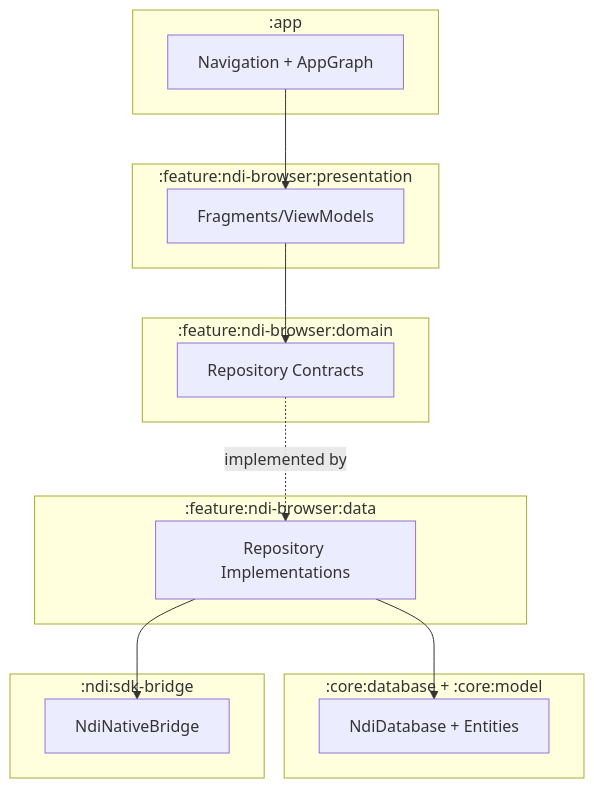
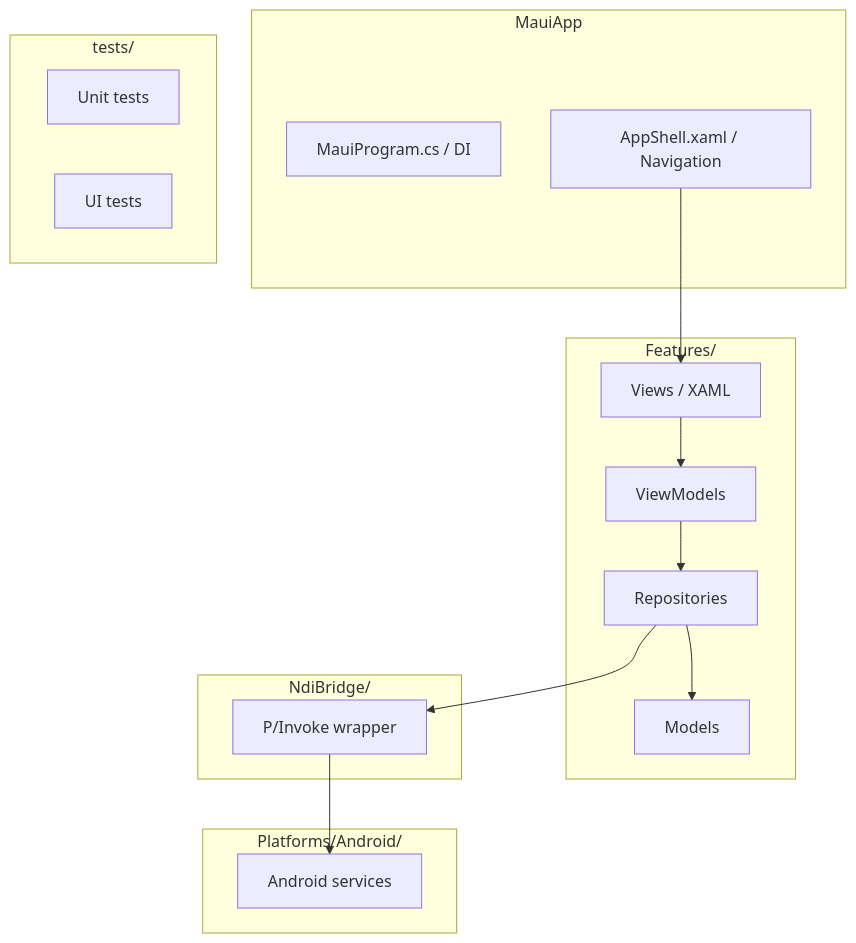
The diagram in .github/agents/architect.agent.md (nielsverhoeven/NDI-for-Android), drawn with Mermaid before and after one commit. The commit also changed other lines of this file and 3 other files, not shown here.

First line of the commit message:
feat(agents): rewrite retained agents for .NET MAUI/NDI stack

````diff
--- a/.github/agents/architect.agent.md
+++ b/.github/agents/architect.agent.md
@@ -74,27 +138,30 @@
 ```mermaid
 graph TB
-    subgraph APP[":app"]
-        NAV[Navigation + AppGraph]
+    subgraph APP["MauiApp"]
+        PROG[MauiProgram.cs / DI]
+        SHELL[AppShell.xaml / Navigation]
     end
-    subgraph PRESENTATION[":feature:ndi-browser:presentation"]
-        UI[Fragments/ViewModels]
+    subgraph FEATURES["Features/"]
+        VM[ViewModels]
+        VIEW[Views / XAML]
+        REPO[Repositories]
+        MODEL[Models]
     end
-    subgraph DOMAIN[":feature:ndi-browser:domain"]
-        CONTRACTS[Repository Contracts]
+    subgraph BRIDGE["NdiBridge/"]
+        PINVOKE[P/Invoke wrapper]
     end
-    subgraph DATA[":feature:ndi-browser:data"]
-        REPO[Repository Implementations]
+    subgraph PLATFORM["Platforms/Android/"]
+        NATIVE[Android services]
     end
-    subgraph CORE[":core:database + :core:model"]
-        DB[NdiDatabase + Entities]
-    end
-    subgraph BRIDGE[":ndi:sdk-bridge"]
-        NDI[NdiNativeBridge]
+    subgraph TESTS["tests/"]
+        UNIT[Unit tests]
+        UI[UI tests]
     end
 
-    NAV --> UI
-    UI --> CONTRACTS
-    CONTRACTS -.implemented by.-> REPO
-    REPO --> DB
-    REPO --> NDI
+    SHELL --> VIEW
+    VIEW --> VM
+    VM --> REPO
+    REPO --> MODEL
+    REPO --> PINVOKE
+    PINVOKE --> NATIVE
 ```
````
